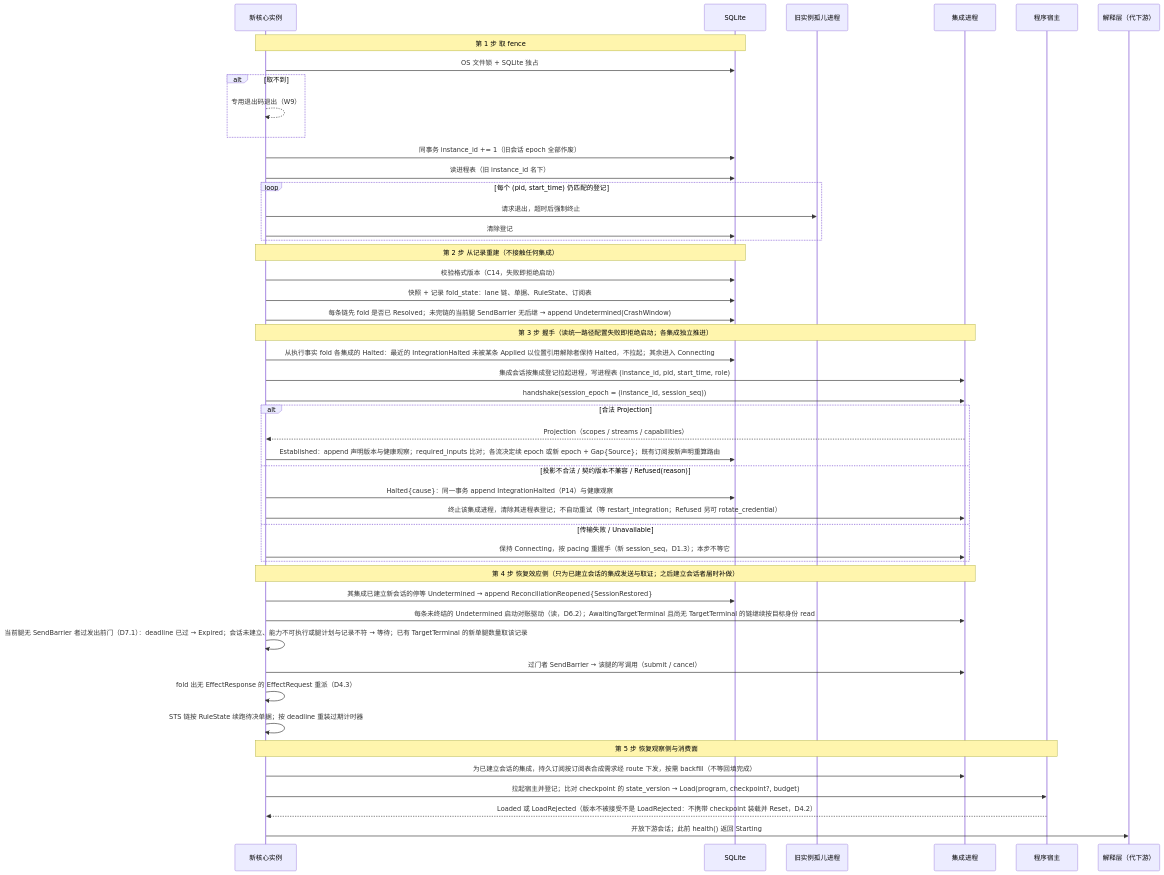
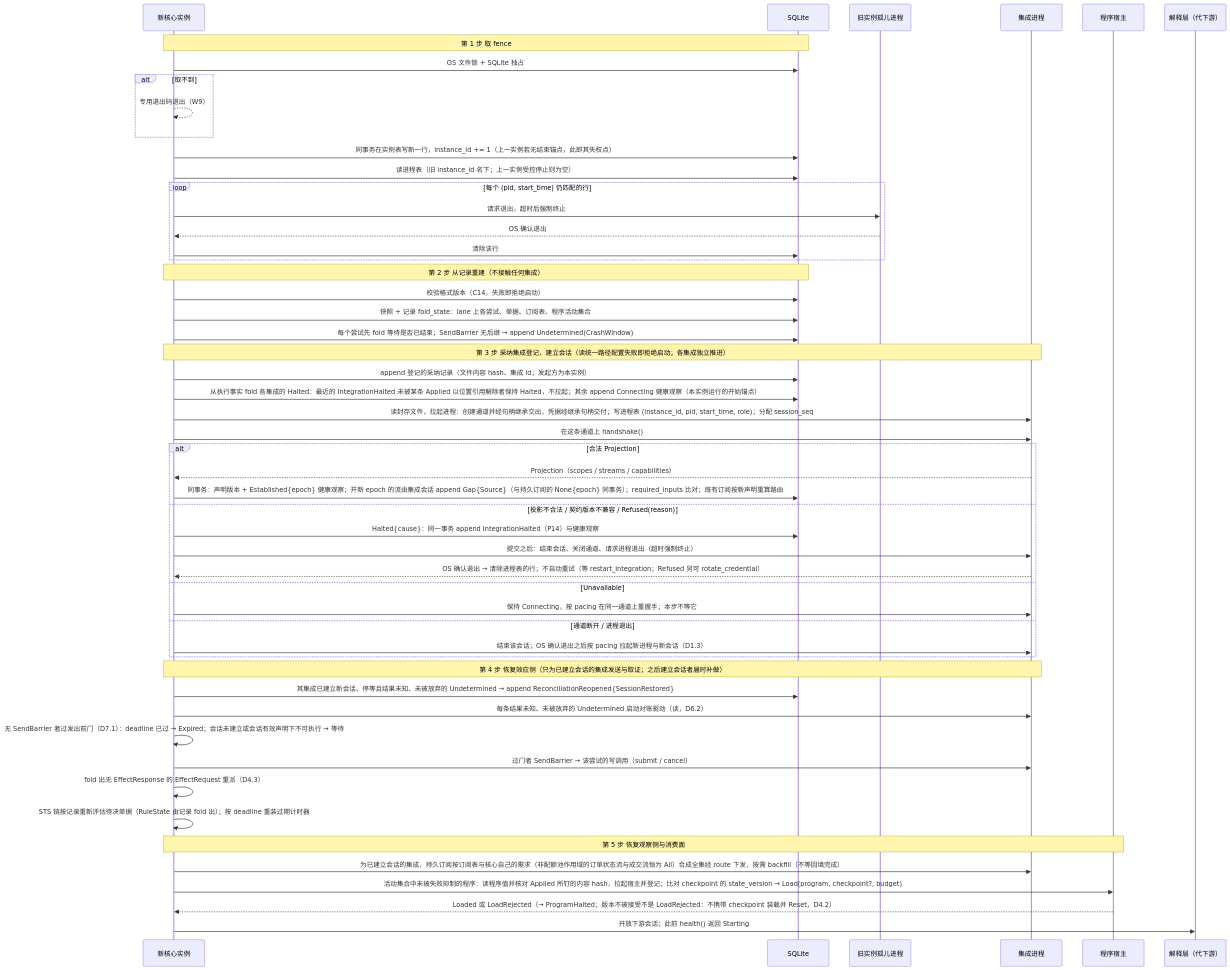
One commit to mouriya-s-lab/uta changed the second of 6 diagrams in design/diagrams/01-process-topology.md. Above: the diagram before and after it, drawn with Mermaid. The commit also changed other lines of this file and 9 other files, not shown here.

Commit message:
design: lifecycle redraw — session as core-created channel incarnation, credential delivery and rotation, roster adoption, controlled stop, halt vs process cleanup, active program set fold, two readings of the declaration

````diff
--- a/design/diagrams/01-process-topology.md
+++ b/design/diagrams/01-process-topology.md
@@ -53,49 +52,54 @@
 ```mermaid
 sequenceDiagram
   participant N as 新核心实例
   participant DB as SQLite
   participant O as 旧实例孤儿进程
   participant I as 集成进程
   participant H as 程序宿主
   participant A as 解释层（代下游）
   Note over N,DB: 第 1 步 取 fence
   N->>DB: OS 文件锁 + SQLite 独占
   alt 取不到
     N-->>N: 专用退出码退出（W9）
   end
-  N->>DB: 同事务 instance_id += 1（旧会话 epoch 全部作废）
-  N->>DB: 读进程表（旧 instance_id 名下）
-  loop 每个 (pid, start_time) 仍匹配的登记
+  N->>DB: 同事务在实例表写新一行，instance_id += 1（上一实例若无结束锚点，此即其失权点）
+  N->>DB: 读进程表（旧 instance_id 名下；上一实例受控停止则为空）
+  loop 每个 (pid, start_time) 仍匹配的行
     N->>O: 请求退出，超时后强制终止
-    N->>DB: 清除登记
+    O-->>N: OS 确认退出
+    N->>DB: 清除该行
   end
   Note over N,DB: 第 2 步 从记录重建（不接触任何集成）
   N->>DB: 校验格式版本（C14，失败即拒绝启动）
-  N->>DB: 快照 + 记录 fold_state：lane 链、单据、RuleState、订阅表
-  N->>DB: 每条链先 fold 是否已 Resolved；未完链的当前腿 SendBarrier 无后继 → append Undetermined(CrashWindow)
-  Note over N,I: 第 3 步 握手（读统一路径配置失败即拒绝启动；各集成独立推进）
-  N->>DB: 从执行事实 fold 各集成的 Halted：最近的 IntegrationHalted 未被某条 Applied 以位置引用解除者保持 Halted，不拉起；其余进入 Connecting
-  N->>I: 集成会话按集成登记拉起进程，写进程表 (instance_id, pid, start_time, role)
-  N->>I: handshake(session_epoch = (instance_id, session_seq))
+  N->>DB: 快照 + 记录 fold_state：lane 上各尝试、单据、订阅表、程序活动集合
+  N->>DB: 每个尝试先 fold 等待是否已结束；SendBarrier 无后继 → append Undetermined(CrashWindow)
+  Note over N,I: 第 3 步 采纳集成登记，建立会话（读统一路径配置失败即拒绝启动；各集成独立推进）
+  N->>DB: append 登记的采纳记录（文件内容 hash、集成 id；发起方为本实例）
+  N->>DB: 从执行事实 fold 各集成的 Halted：最近的 IntegrationHalted 未被某条 Applied 以位置引用解除者保持 Halted，不拉起；其余 append Connecting 健康观察（本实例运行的开始锚点）
+  N->>I: 读封存文件，拉起进程：创建通道并经句柄继承交出，凭据经继承句柄交付；写进程表 (instance_id, pid, start_time, role)；分配 session_seq
+  N->>I: 在这条通道上 handshake()
   alt 合法 Projection
     I-->>N: Projection（scopes / streams / capabilities）
-    N->>DB: Established：append 声明版本与健康观察；required_inputs 比对；各流决定续 epoch 或新 epoch + Gap{Source}；既有订阅按新声明重算路由
+    N->>DB: 同事务：声明版本 + Established{epoch} 健康观察；开新 epoch 的流由集成会话 append Gap{Source}（与持久订阅的 None{epoch} 同事务）；required_inputs 比对；既有订阅按新声明重算路由
   else 投影不合法 / 契约版本不兼容 / Refused(reason)
     N->>DB: Halted{cause}：同一事务 append IntegrationHalted（P14）与健康观察
-    N->>I: 终止该集成进程，清除其进程表登记；不自动重试（等 restart_integration；Refused 另可 rotate_credential）
-  else 传输失败 / Unavailable
-    N->>I: 保持 Connecting，按 pacing 重握手（新 session_seq，D1.3）；本步不等它
+    N->>I: 提交之后：结束会话、关闭通道、请求进程退出（超时强制终止）
+    I-->>N: OS 确认退出 → 清除进程表的行；不自动重试（等 restart_integration；Refused 另可 rotate_credential）
+  else Unavailable
+    N->>I: 保持 Connecting，按 pacing 在同一通道上重握手；本步不等它
+  else 通道断开 / 进程退出
+    N->>I: 结束该会话；OS 确认退出之后按 pacing 拉起新进程与新会话（D1.3）
   end
   Note over N,I: 第 4 步 恢复效应侧（只为已建立会话的集成发送与取证；之后建立会话者届时补做）
-  N->>DB: 其集成已建立新会话的停等 Undetermined → append ReconciliationReopened{SessionRestored}
-  N->>I: 每条未终结的 Undetermined 启动对账驱动（读，D6.2）；AwaitingTargetTerminal 且尚无 TargetTerminal 的链继续按目标身份 read
-  N->>N: 当前腿无 SendBarrier 者过发出前门（D7.1）：deadline 已过 → Expired；会话未建立、能力不可执行或腿计划与记录不符 → 等待；已有 TargetTerminal 的新单腿数量取该记录
-  N->>I: 过门者 SendBarrier → 该腿的写调用（submit / cancel）
+  N->>DB: 其集成已建立新会话、停等且结果未知、未被放弃的 Undetermined → append ReconciliationReopened{SessionRestored}
+  N->>I: 每条结果未知、未被放弃的 Undetermined 启动对账驱动（读，D6.2）
+  N->>N: 无 SendBarrier 者过发出前门（D7.1）：deadline 已过 → Expired；会话未建立或会话有效声明下不可执行 → 等待
+  N->>I: 过门者 SendBarrier → 该尝试的写调用（submit / cancel）
   N->>N: fold 出无 EffectResponse 的 EffectRequest 重派（D4.3）
-  N->>N: STS 链按 RuleState 续跑待决单据；按 deadline 重装过期计时器
+  N->>N: STS 链按记录重新评估待决单据（RuleState 由记录 fold 出）；按 deadline 重装过期计时器
   Note over N,H: 第 5 步 恢复观察侧与消费面
-  N->>I: 为已建立会话的集成，持久订阅按订阅表合成需求经 route 下发，按需 backfill（不等回填完成）
-  N->>H: 拉起宿主并登记；比对 checkpoint 的 state_version → Load(program, checkpoint?, budget)
-  H-->>N: Loaded 或 LoadRejected（版本不被接受不是 LoadRejected：不携带 checkpoint 装载并 Reset，D4.2）
+  N->>I: 为已建立会话的集成，持久订阅按订阅表与核心自己的需求（非配额池作用域的订单状态流与成交流恒为 All）合成全集经 route 下发，按需 backfill（不等回填完成）
+  N->>H: 活动集合中未被失败抑制的程序：读程序值并核对 Applied 所钉的内容 hash，拉起宿主并登记；比对 checkpoint 的 state_version → Load(program, checkpoint?, budget)
+  H-->>N: Loaded 或 LoadRejected（→ ProgramHalted；版本不被接受不是 LoadRejected：不携带 checkpoint 装载并 Reset，D4.2）
   N->>A: 开放下游会话；此前 health() 返回 Starting
 ```
````
